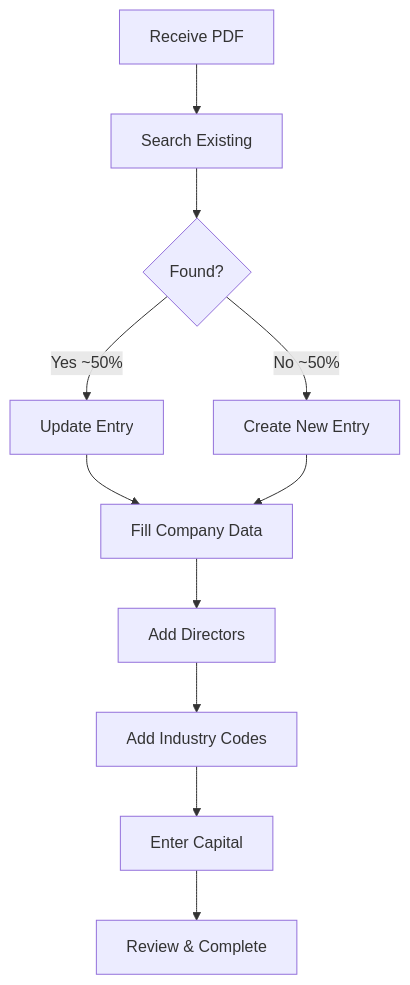
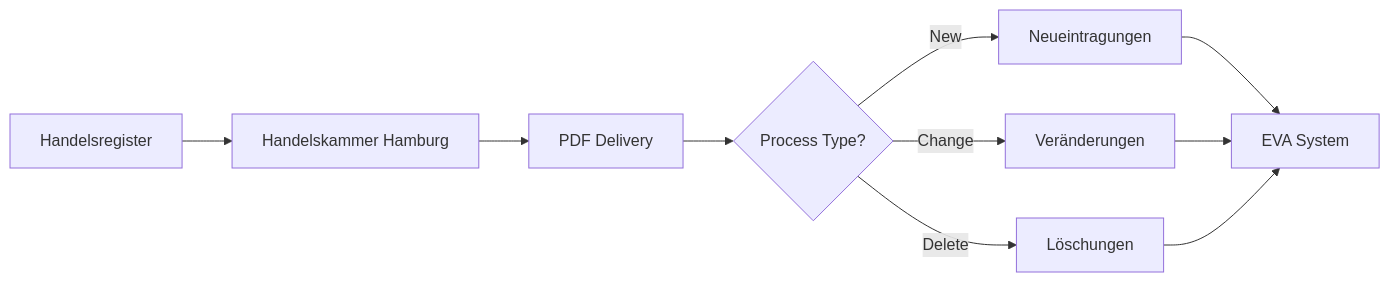
Before and after one commit to jackli-beam/docs: the diagram in ihk/overview.mdx, drawn with Mermaid. The commit also changed other lines of this file and 7 other files, not shown here.

````diff
--- a/ihk/overview.mdx
+++ b/ihk/overview.mdx
@@ -41,13 +50,12 @@
 ```mermaid
-graph TD
-    A[Receive PDF] --> B[Search Existing]
-    B --> C{Found?}
-    C -->|Yes ~50%| D[Update Entry]
-    C -->|No ~50%| E[Create New Entry]
-    D --> F[Fill Company Data]
-    E --> F
-    F --> G[Add Directors]
-    G --> H[Add Industry Codes]
-    H --> I[Enter Capital]
-    I --> J[Review & Complete]
+graph LR
+    A[Handelsregister] --> B[Handelskammer Hamburg]
+    B --> C[PDF Delivery]
+    C --> D{Process Type?}
+    D -->|New| E[Neueintragungen]
+    D -->|Change| F[Veränderungen]
+    D -->|Delete| G[Löschungen]
+    E --> H[EVA System]
+    F --> H
+    G --> H
 ```
````
